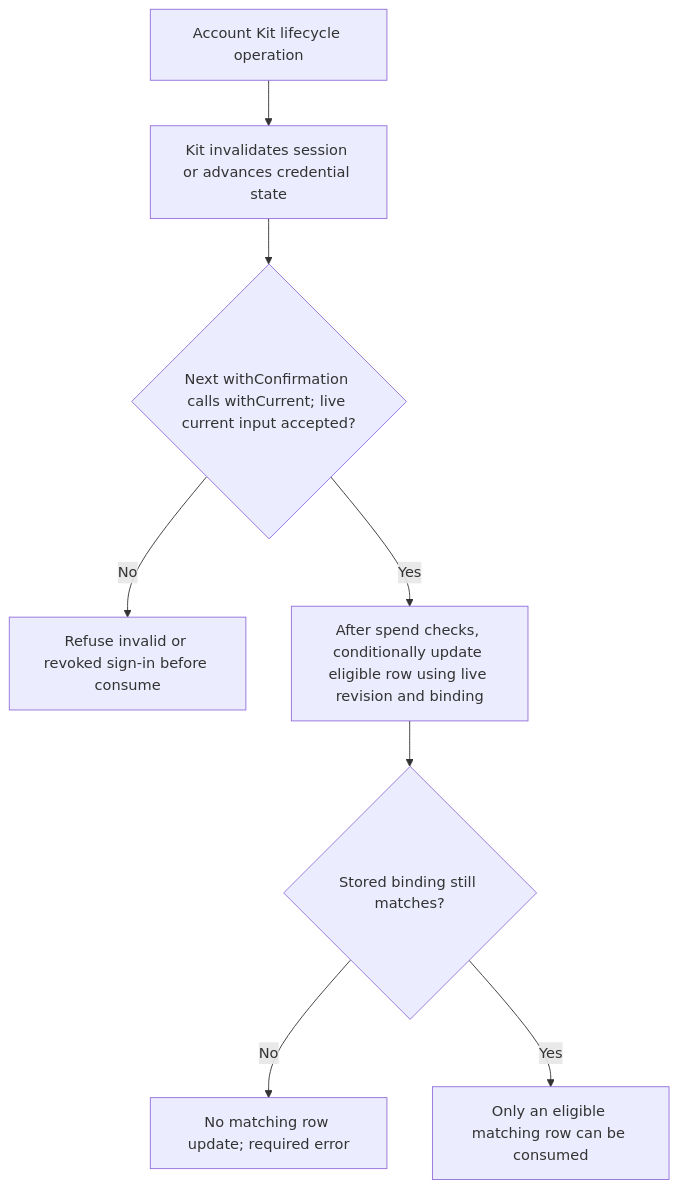
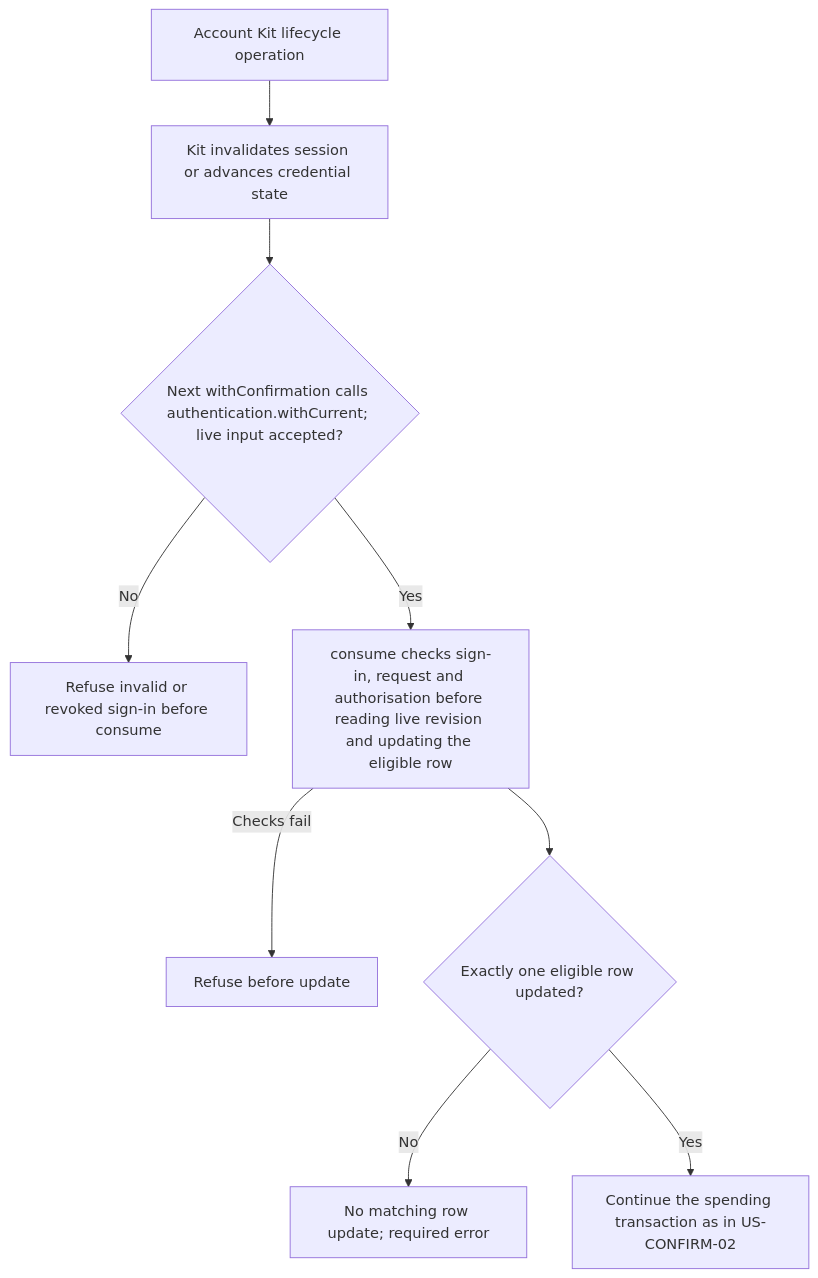
The second of 2 diagrams in user-stories/US-CONFIRM-03-revoke-confirmations.md (Kevinjohn/oss-adonisjs-confirm-action-with-password), drawn with Mermaid before and after one commit. The commit also changed other lines of this file and 10 other files, not shown here.

````diff
--- a/user-stories/US-CONFIRM-03-revoke-confirmations.md
+++ b/user-stories/US-CONFIRM-03-revoke-confirmations.md
@@ -36,10 +36,11 @@
 ```mermaid
 flowchart TD
     A["Account Kit lifecycle operation"] --> B["Kit invalidates session or advances credential state"]
-    B --> C{"Next withConfirmation calls withCurrent; live current input accepted?"}
+    B --> C{"Next withConfirmation calls authentication.withCurrent; live input accepted?"}
     C -->|No| G["Refuse invalid or revoked sign-in before consume"]
-    C -->|Yes| H["After spend checks, conditionally update eligible row using live revision and binding"]
-    H --> D{"Stored binding still matches?"}
+    C -->|Yes| H["consume checks sign-in, request and authorisation before reading live revision and updating the eligible row"]
+    H -->|Checks fail| J["Refuse before update"]
+    H --> D{"Exactly one eligible row updated?"}
     D -->|No| E["No matching row update; required error"]
-    D -->|Yes| F["Only an eligible matching row can be consumed"]
+    D -->|Yes| F["Continue the spending transaction as in US-CONFIRM-02"]
 ```
````
